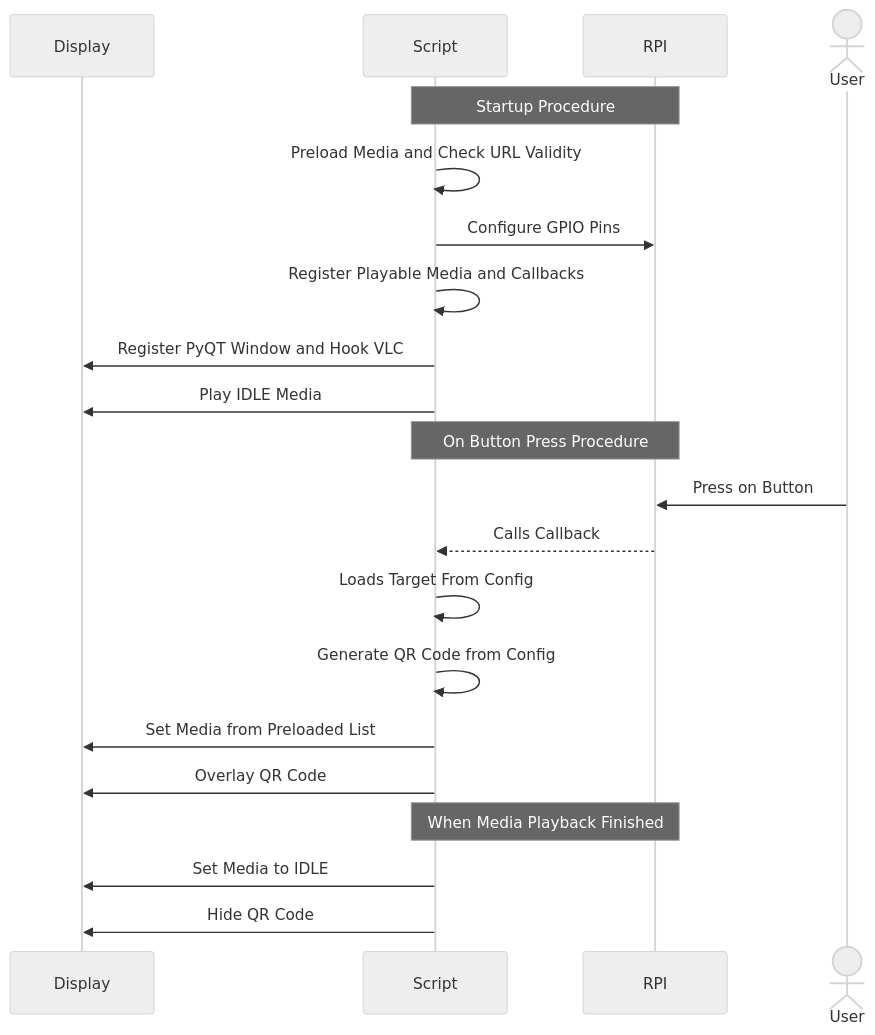
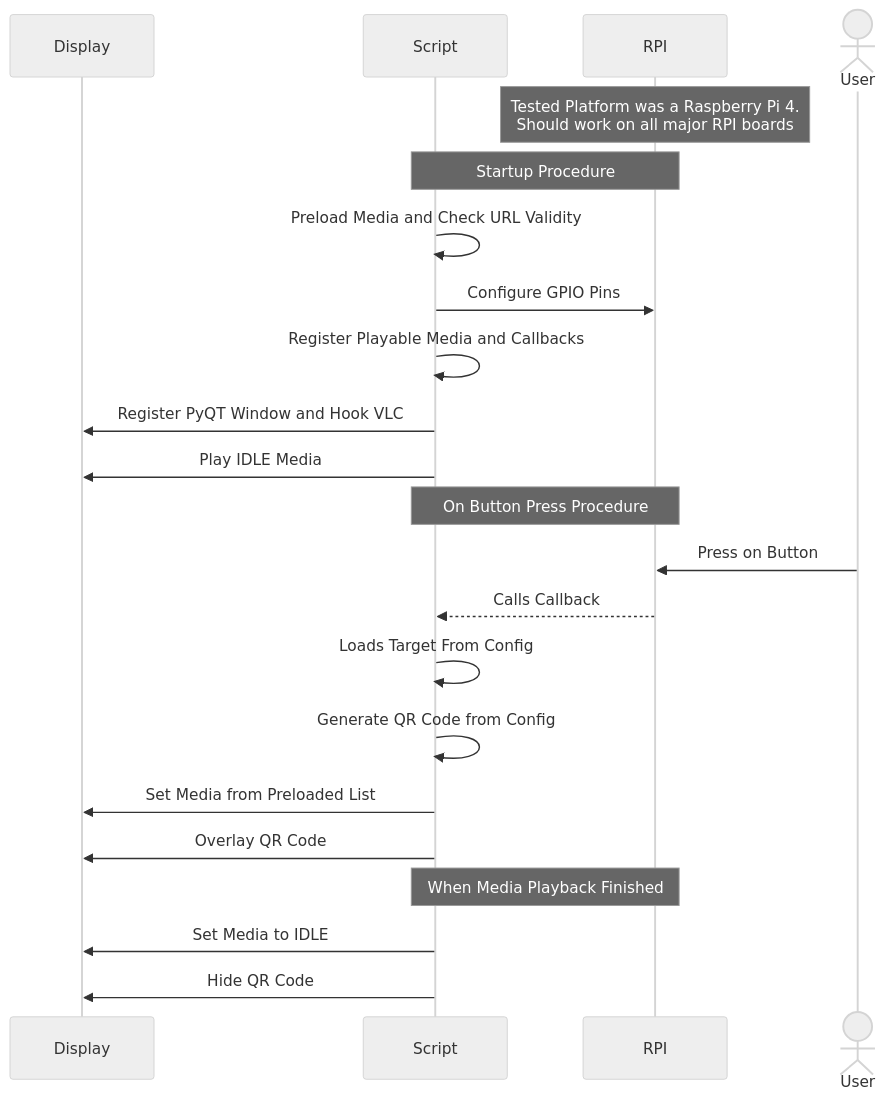
One commit to 4th-High-School-of-Trikala/4peirlyk-vlc changed the diagram in README.md. Above: the diagram before and after it, drawn with Mermaid (neutral theme).

Commit message:
docs: README notes

````diff
--- a/README.md
+++ b/README.md
@@ -23,28 +23,29 @@
 ```mermaid
 sequenceDiagram
   participant Display
   participant Script
   participant RPI
   actor User
 
+  Note over RPI: Tested Platform was a Raspberry Pi 4.<br/>Should work on all major RPI boards
   Note over Script,RPI: Startup Procedure
   Script ->> Script: Preload Media and Check URL Validity
 
   Script ->> RPI: Configure GPIO Pins
   Script ->> Script: Register Playable Media and Callbacks
 
   Script ->> Display: Register PyQT Window and Hook VLC
   Script ->> Display: Play IDLE Media
 
   Note over Script,RPI: On Button Press Procedure
   User ->> RPI: Press on Button
   RPI -->> Script: Calls Callback
   Script ->> Script: Loads Target From Config
   Script ->> Script: Generate QR Code from Config
   Script ->> Display: Set Media from Preloaded List
   Script ->> Display: Overlay QR Code
 
   Note over Script,RPI: When Media Playback Finished
   Script ->> Display: Set Media to IDLE
   Script ->> Display: Hide QR Code
 ```
````
